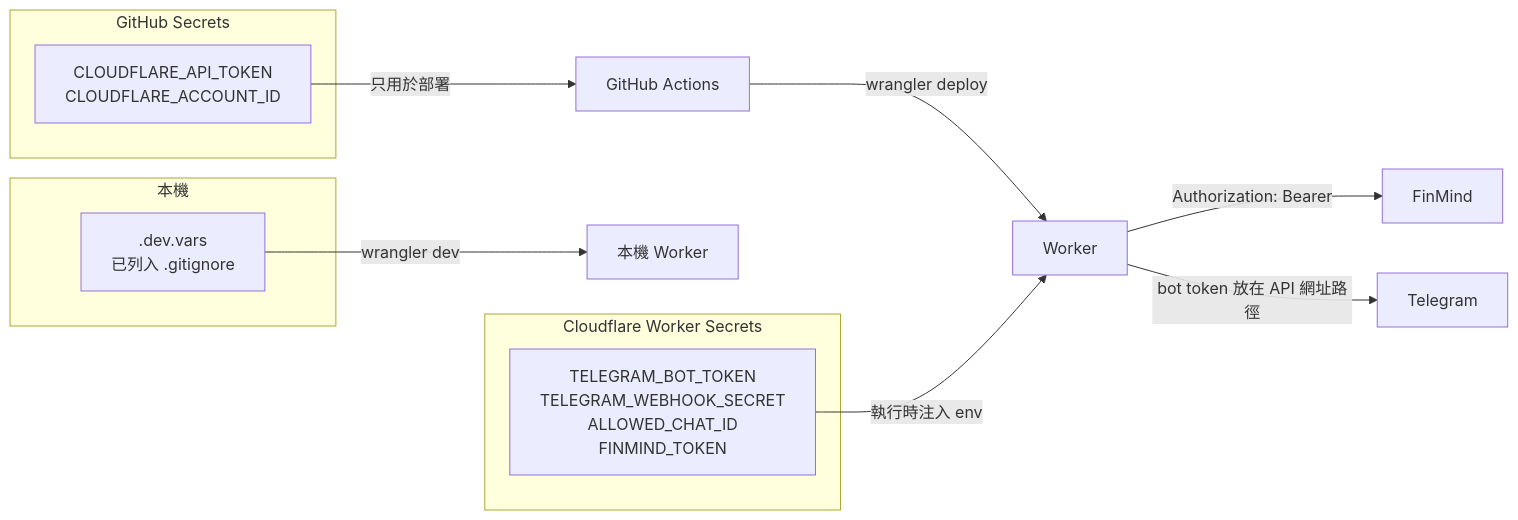
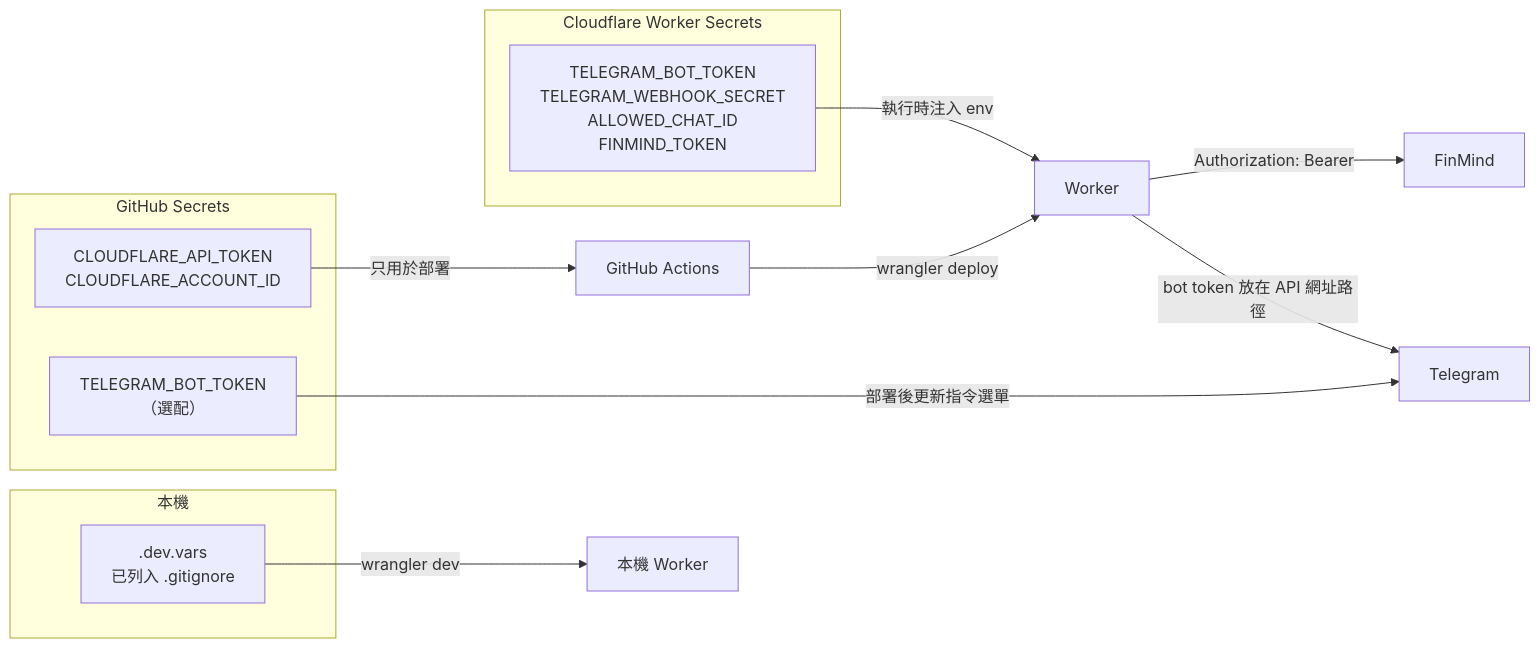
One commit to Ja7423/stock-tw-monitor changed the sixth of 7 diagrams in doc/architecture.md. Above: the diagram before and after it, drawn with Mermaid. The commit also changed other lines of this file and 9 other files, not shown here.

````diff
--- a/doc/architecture.md
+++ b/doc/architecture.md
@@ -210,19 +214,21 @@
 ```mermaid
 flowchart LR
   subgraph local["本機"]
     devvars[".dev.vars<br/>已列入 .gitignore"]
   end
   subgraph ghs["GitHub Secrets"]
     cfToken["CLOUDFLARE_API_TOKEN<br/>CLOUDFLARE_ACCOUNT_ID"]
+    ghTg["TELEGRAM_BOT_TOKEN<br/>（選配）"]
   end
   subgraph cfs["Cloudflare Worker Secrets"]
     wsec["TELEGRAM_BOT_TOKEN<br/>TELEGRAM_WEBHOOK_SECRET<br/>ALLOWED_CHAT_ID<br/>FINMIND_TOKEN"]
   end
 
   devvars -- "wrangler dev" --> localWorker["本機 Worker"]
   cfToken -- "只用於部署" --> actions["GitHub Actions"]
   actions -- "wrangler deploy" --> worker["Worker"]
+  ghTg -- "部署後更新指令選單" --> tg
   wsec -- "執行時注入 env" --> worker
   worker -- "Authorization: Bearer" --> fm["FinMind"]
   worker -- "bot token 放在 API 網址路徑" --> tg["Telegram"]
 ```
````
